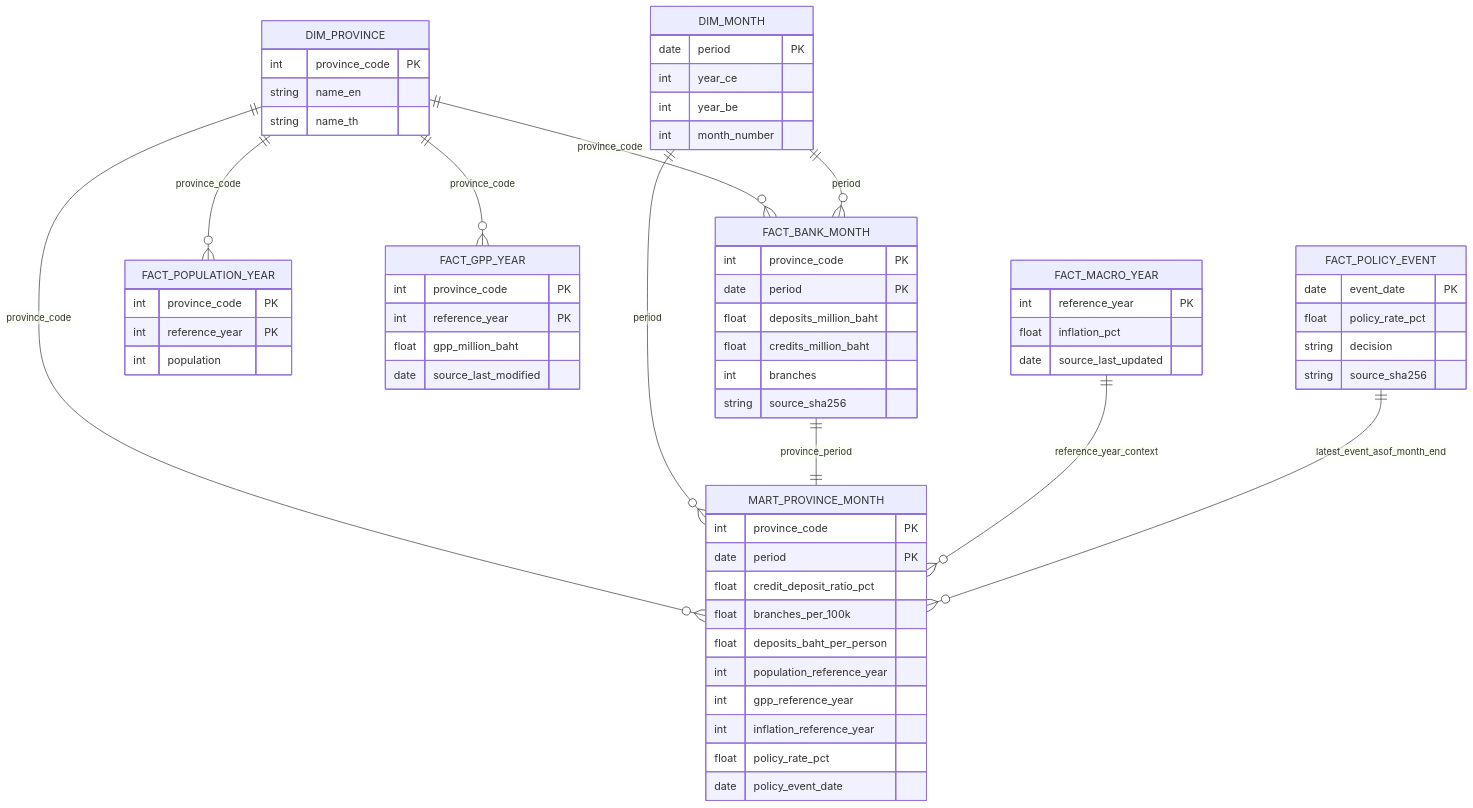
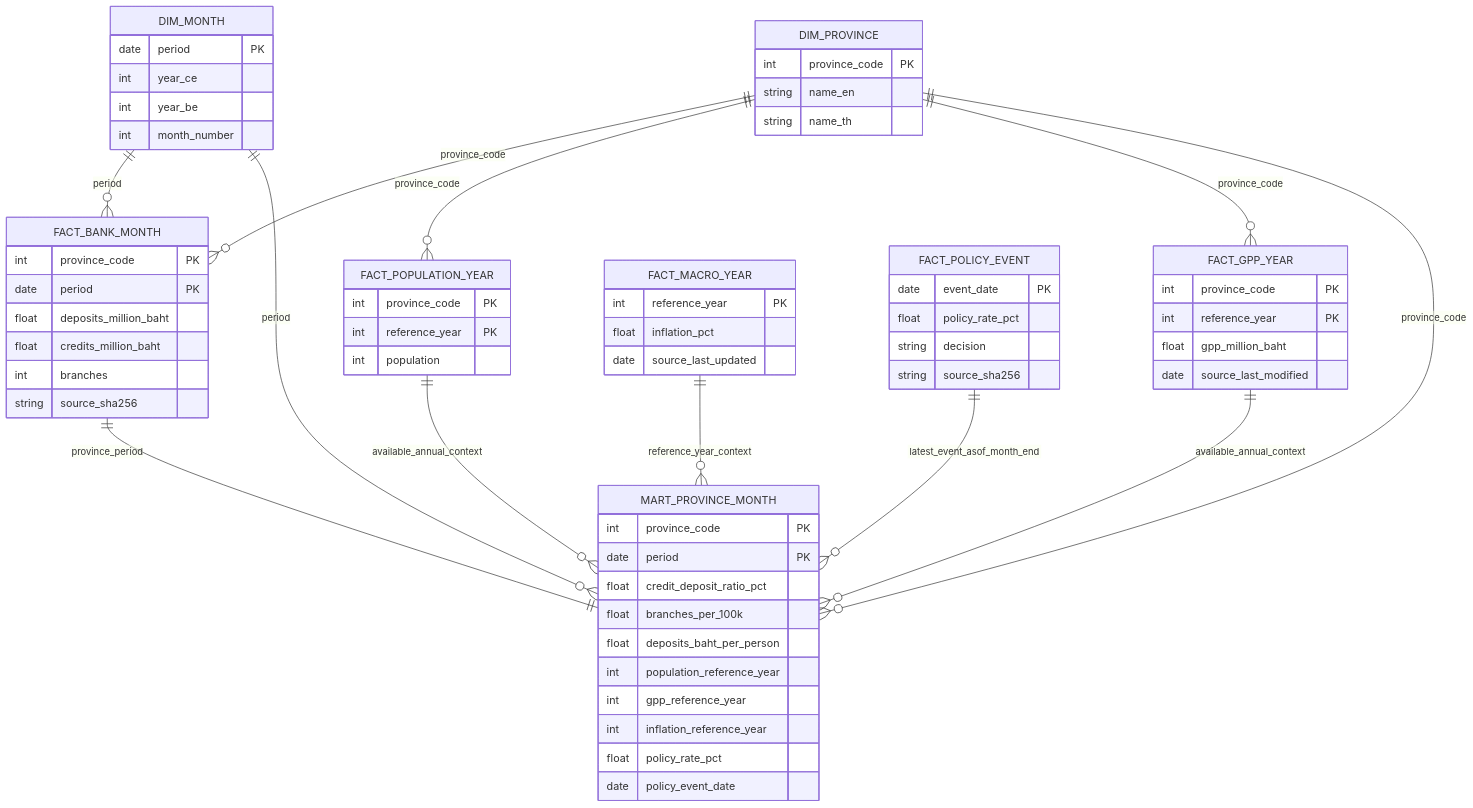
Before and after one commit to anupat2046/Bank-Project: the second of 3 diagrams in docs/architecture.md, drawn with Mermaid. The commit also changed other lines of this file and 26 other files, not shown here.

````diff
--- a/docs/architecture.md
+++ b/docs/architecture.md
@@ -27,65 +31,67 @@
 ```mermaid
 erDiagram
   DIM_PROVINCE ||--o{ FACT_BANK_MONTH : province_code
   DIM_MONTH ||--o{ FACT_BANK_MONTH : period
   DIM_PROVINCE ||--o{ FACT_POPULATION_YEAR : province_code
   DIM_PROVINCE ||--o{ FACT_GPP_YEAR : province_code
   DIM_PROVINCE ||--o{ MART_PROVINCE_MONTH : province_code
   DIM_MONTH ||--o{ MART_PROVINCE_MONTH : period
   FACT_BANK_MONTH ||--|| MART_PROVINCE_MONTH : province_period
+  FACT_POPULATION_YEAR ||--o{ MART_PROVINCE_MONTH : available_annual_context
+  FACT_GPP_YEAR ||--o{ MART_PROVINCE_MONTH : available_annual_context
   FACT_MACRO_YEAR ||--o{ MART_PROVINCE_MONTH : reference_year_context
   FACT_POLICY_EVENT ||--o{ MART_PROVINCE_MONTH : latest_event_asof_month_end
   DIM_PROVINCE {
     int province_code PK
     string name_en
     string name_th
   }
   DIM_MONTH {
     date period PK
     int year_ce
     int year_be
     int month_number
   }
   FACT_BANK_MONTH {
     int province_code PK
     date period PK
     float deposits_million_baht
     float credits_million_baht
     int branches
     string source_sha256
   }
   FACT_POPULATION_YEAR {
     int province_code PK
     int reference_year PK
     int population
   }
   FACT_GPP_YEAR {
     int province_code PK
     int reference_year PK
     float gpp_million_baht
     date source_last_modified
   }
   FACT_MACRO_YEAR {
     int reference_year PK
     float inflation_pct
     date source_last_updated
   }
   FACT_POLICY_EVENT {
     date event_date PK
     float policy_rate_pct
     string decision
     string source_sha256
   }
   MART_PROVINCE_MONTH {
     int province_code PK
     date period PK
     float credit_deposit_ratio_pct
     float branches_per_100k
     float deposits_baht_per_person
     int population_reference_year
     int gpp_reference_year
     int inflation_reference_year
     float policy_rate_pct
     date policy_event_date
   }
 ```
````
